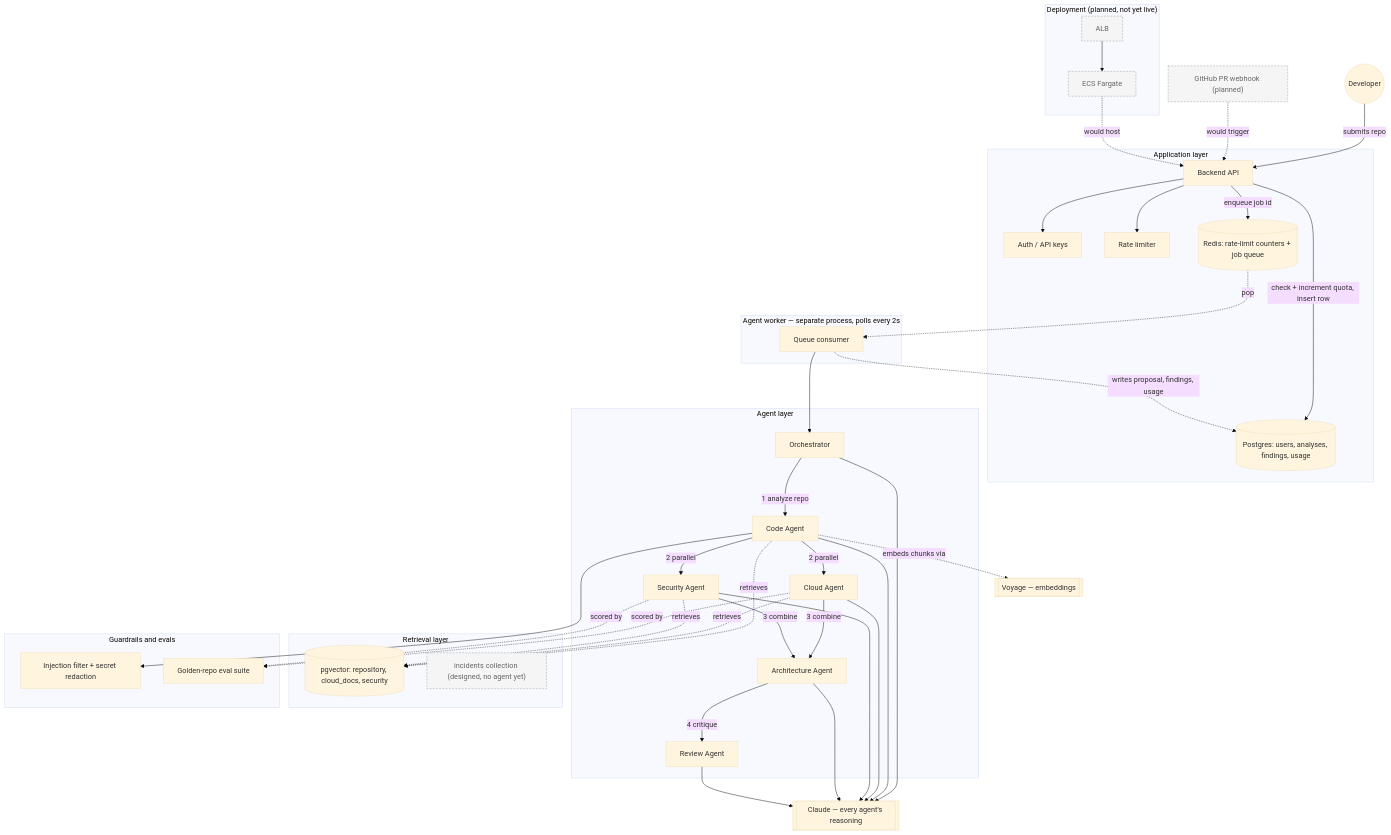
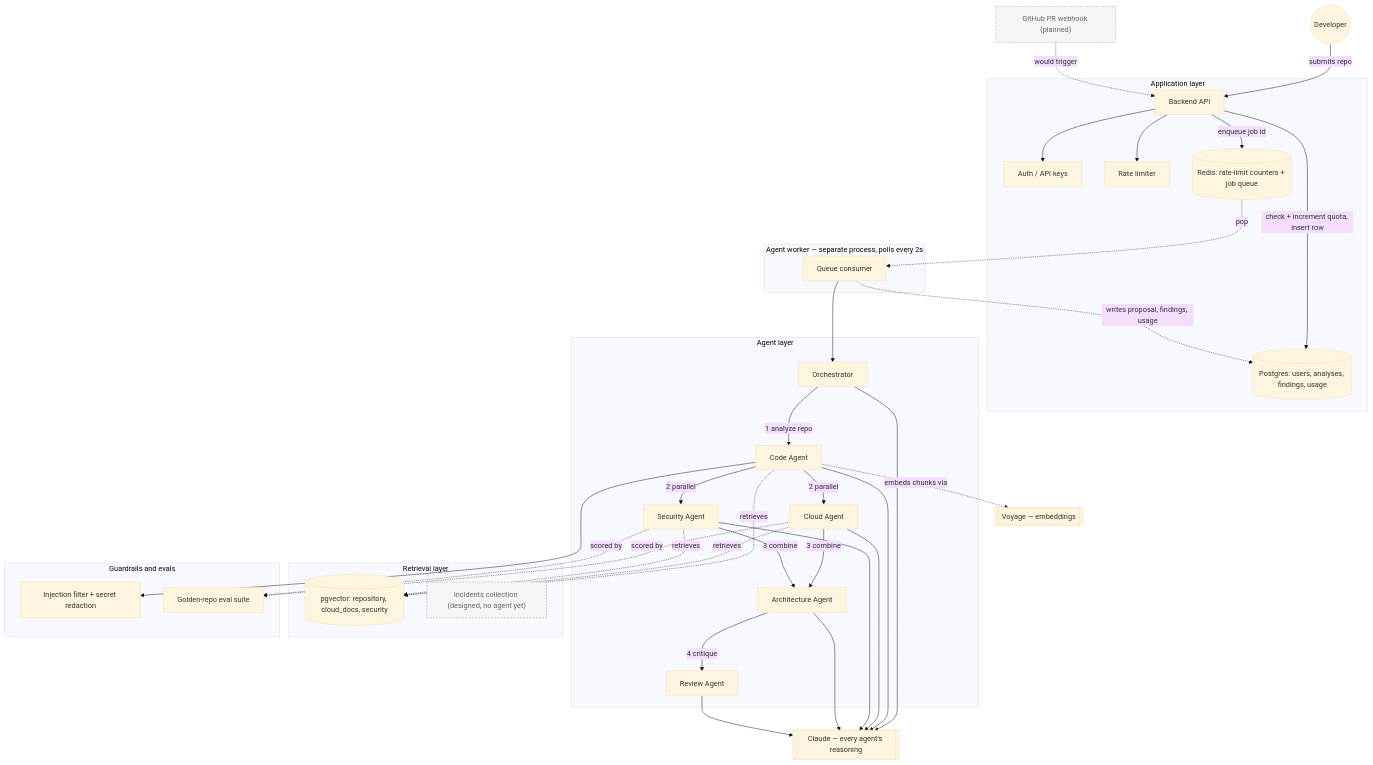
Before and after one commit to myrmlbst/repo-swarm: the diagram in README.md, drawn with Mermaid (base theme). The commit also changed other lines of this file and 1 other file, not shown here.

Commit message:
changed scope (no deployment)

````diff
--- a/README.md
+++ b/README.md
@@ -88,75 +87,70 @@
 ```mermaid
 flowchart TD
     Dev((Developer)) -->|submits repo| API
     GH["GitHub PR webhook (planned)"]:::planned -.->|would trigger| API
 
     subgraph AppLayer["Application layer"]
         API[Backend API]
         Auth[Auth / API keys]
         RL[Rate limiter]
         Redis[("Redis: rate-limit counters + job queue")]
         PG[("Postgres: users, analyses, findings, usage")]
     end
 
     API --> Auth
     API --> RL
     API -->|check + increment quota, insert row| PG
     API -->|enqueue job id| Redis
 
     subgraph WorkerProc["Agent worker — separate process, polls every 2s"]
         Worker[Queue consumer]
     end
     Redis -.pop.-> Worker
     Worker --> Orch
     Worker -.writes proposal, findings, usage.-> PG
 
     subgraph AgentLayer["Agent layer"]
         Orch[Orchestrator]
         Code[Code Agent]
         Cloud[Cloud Agent]
         Sec[Security Agent]
         Arch[Architecture Agent]
         Rev[Review Agent]
     end
 
     Orch -->|1 analyze repo| Code
     Code -->|2 parallel| Cloud
     Code -->|2 parallel| Sec
     Cloud -->|3 combine| Arch
     Sec -->|3 combine| Arch
     Arch -->|4 critique| Rev
 
     subgraph RAGLayer["Retrieval layer"]
         VDB[("pgvector: repository, cloud_docs, security")]
         Incidents["incidents collection (designed, no agent yet)"]:::planned
     end
     Code -.retrieves.-> VDB
     Cloud -.retrieves.-> VDB
     Sec -.retrieves.-> VDB
 
     Claude[["Claude — every agent's reasoning"]]
     Voyage[["Voyage — embeddings"]]
     Orch --> Claude
     Code --> Claude
     Cloud --> Claude
     Sec --> Claude
     Arch --> Claude
     Rev --> Claude
     Code -.embeds chunks via.-> Voyage
 
     subgraph QualityLayer["Guardrails and evals"]
         G[Injection filter + secret redaction]
         E[Golden-repo eval suite]
     end
     Code --> G
     Cloud -.scored by.-> E
     Sec -.scored by.-> E
 
-    subgraph DeployLayer["Deployment (planned, not yet live)"]
-        ALB[ALB] --> ECS[ECS Fargate]
-    end
-    ECS -.would host.-> API
-
     classDef planned fill:#f5f5f5,stroke:#999,stroke-dasharray: 4 3,color:#666
-    class GH,Incidents,ALB,ECS planned
+    class GH,Incidents planned
 ```
````
